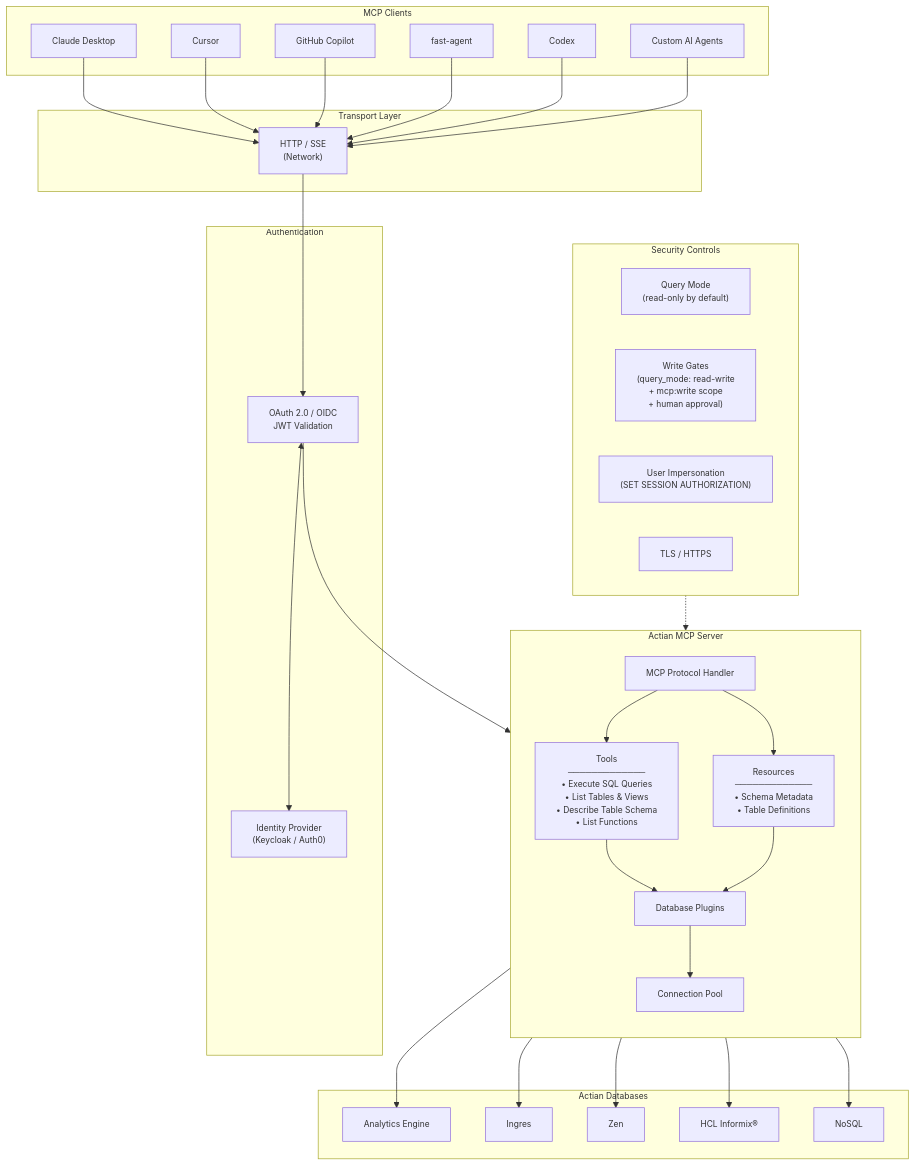
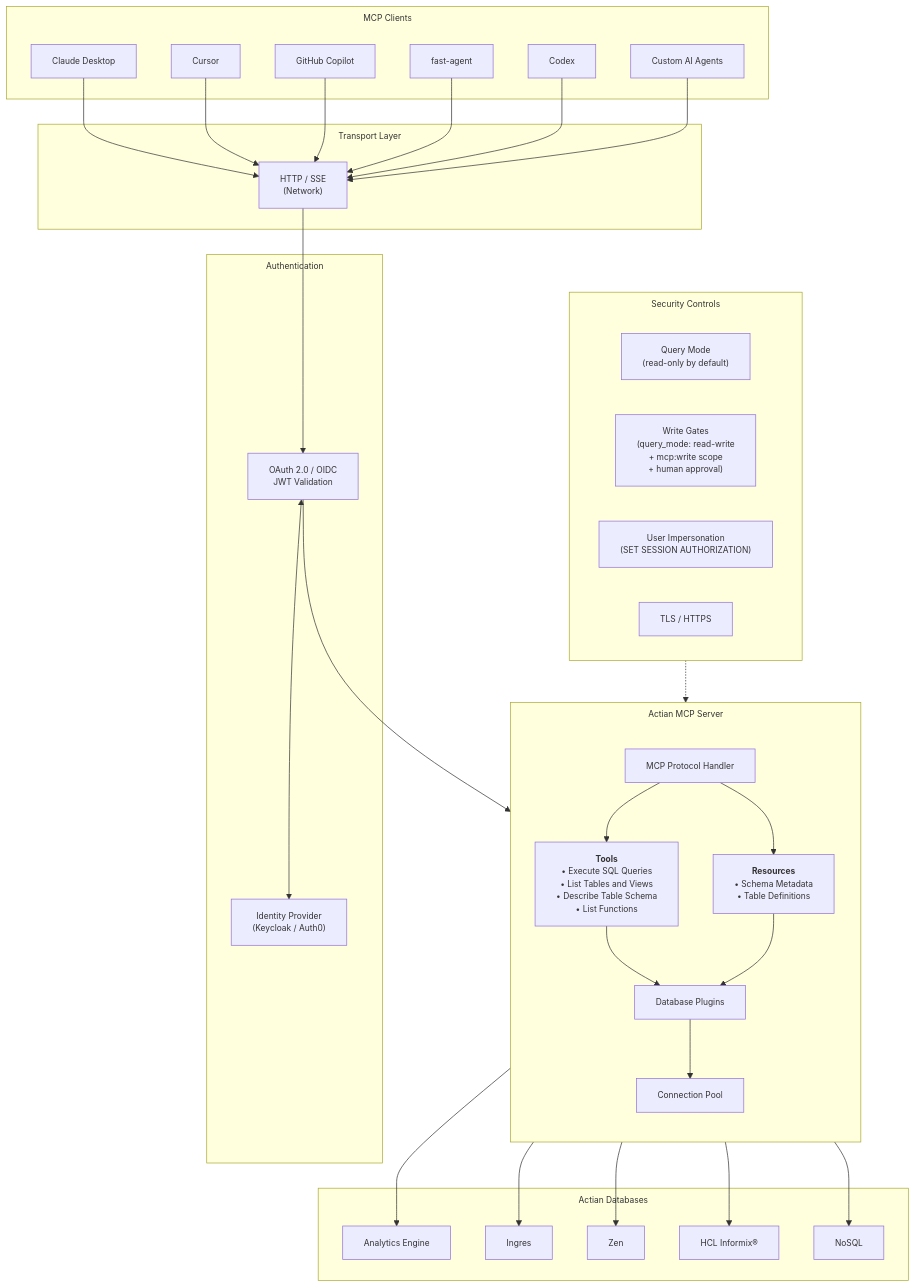
Before and after one commit to ActianCorp/mcp-server-docs: the first of 2 diagrams in docs/intro/index.md, drawn with Mermaid. The commit also changed other lines of this file and 6 other files, not shown here.

````diff
--- a/docs/intro/index.md
+++ b/docs/intro/index.md
@@ -41,75 +41,68 @@
 ```mermaid
-%%{init: {'theme': 'default', 'themeVariables': {'fontSize': '12px', 'fontFamily': 'arial'}}}%%
+%%{init: {
+  'theme': 'default',
+  'themeVariables': {'fontSize': '12px', 'fontFamily': 'arial'},
+  'flowchart': {
+    'subGraphTitleMargin': {'top': 8, 'bottom': 16},
+    'padding': 15,
+    'nodeSpacing': 50,
+    'rankSpacing': 60
+  }
+}}%%
 flowchart TB
     subgraph Clients["MCP Clients"]
         claude["Claude Desktop"]
         cursor["Cursor"]
         copilot["GitHub Copilot"]
         fastagent["fast-agent"]
         codex["Codex"]
         custom["Custom AI Agents"]
     end
 
     subgraph Transport["Transport Layer"]
-        http["HTTP / SSE
-(Network)"]
+        http["HTTP / SSE<br/>(Network)"]
     end
 
     subgraph Auth["Authentication"]
-        idp["Identity Provider
-(Keycloak / Auth0)"]
-        oauth["OAuth 2.0 / OIDC
-JWT Validation"]
+        idp["Identity Provider<br/>(Keycloak / Auth0)"]
+        oauth["OAuth 2.0 / OIDC<br/>JWT Validation"]
     end
 
     subgraph MCP["Actian MCP Server"]
         direction TB
         core["MCP Protocol Handler"]
-        tools["Tools
-─────────────
-• Execute SQL Queries
-• List Tables & Views
-• Describe Table Schema
-• List Functions"]
-        resources["Resources
-─────────────
-• Schema Metadata
-• Table Definitions"]
+        tools["<b>Tools</b><br/>• Execute SQL Queries<br/>• List Tables and Views<br/>• Describe Table Schema<br/>• List Functions"]
+        resources["<b>Resources</b><br/>• Schema Metadata<br/>• Table Definitions"]
         plugins["Database Plugins"]
         pool["Connection Pool"]
     end
 
     subgraph Databases["Actian Databases"]
         ae["Analytics Engine"]
         ingres["Ingres"]
         zen["Zen"]
         informix["HCL Informix®"]
         nosql["NoSQL"]
     end
 
     subgraph Security["Security Controls"]
-        readonly["Query Mode
-(read-only by default)"]
-        writegate["Write Gates
-(query_mode: read-write
-+ mcp:write scope
-+ human approval)"]
-        impersonation["User Impersonation
-(SET SESSION AUTHORIZATION)"]
+        readonly["Query Mode<br/>(read-only by default)"]
+        writegate["Write Gates<br/>(query_mode: read-write<br/>+ mcp:write scope<br/>+ human approval)"]
+        impersonation["User Impersonation<br/>(SET SESSION AUTHORIZATION)"]
         tls["TLS / HTTPS"]
     end
 
     claude & cursor & copilot & fastagent & codex & custom --> http
 
     http --> oauth
     oauth <--> idp
     oauth --> core
 
     core --> tools & resources
     tools & resources --> plugins
     plugins --> pool
 
     pool --> ae & ingres & zen & informix & nosql
 
     Security -.-> MCP
 ```
````
